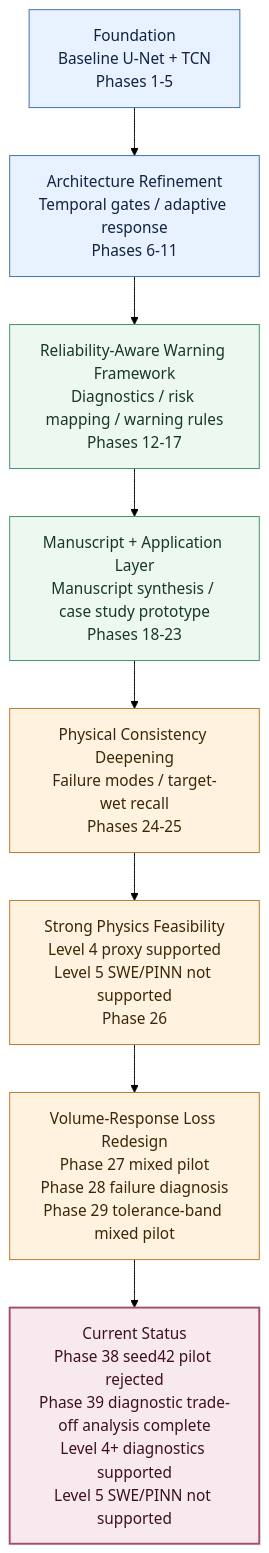
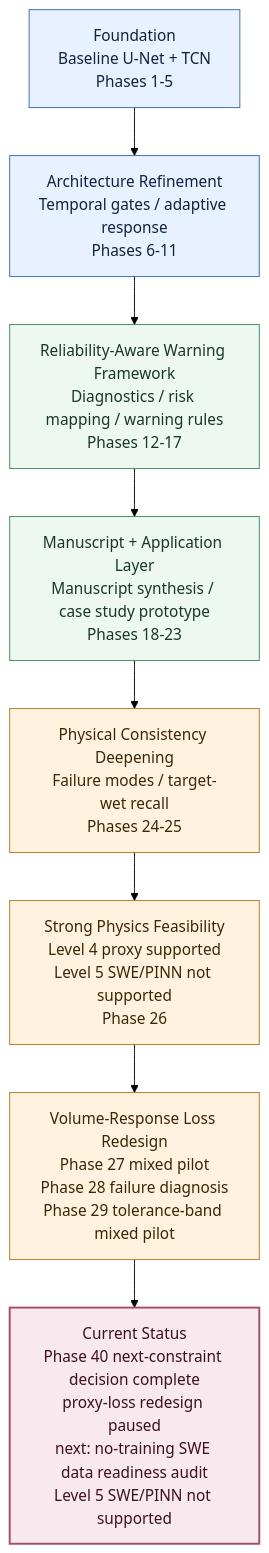
Before and after one commit to HolyLin990604/physics-guided-urban-flood-prediction: the second of 3 diagrams in README.md, drawn with Mermaid (forest theme). The commit also changed other lines of this file and 2 other files, not shown here.

Commit message:
docs: sync phase40 next constraint decision status

````diff
--- a/README.md
+++ b/README.md
@@ -28,18 +28,18 @@
 ```mermaid
 flowchart TB
     A["Foundation<br/>Baseline U-Net + TCN<br/>Phases 1-5"]:::foundation
     B["Architecture Refinement<br/>Temporal gates / adaptive response<br/>Phases 6-11"]:::foundation
     C["Reliability-Aware Warning Framework<br/>Diagnostics / risk mapping / warning rules<br/>Phases 12-17"]:::reliability
     D["Manuscript + Application Layer<br/>Manuscript synthesis / case study prototype<br/>Phases 18-23"]:::reliability
     E["Physical Consistency Deepening<br/>Failure modes / target-wet recall<br/>Phases 24-25"]:::physics
     F["Strong Physics Feasibility<br/>Level 4 proxy supported<br/>Level 5 SWE/PINN not supported<br/>Phase 26"]:::physics
     G["Volume-Response Loss Redesign<br/>Phase 27 mixed pilot<br/>Phase 28 failure diagnosis<br/>Phase 29 tolerance-band mixed pilot"]:::physics
-    H["Current Status<br/>Phase 38 seed42 pilot rejected<br/>Phase 39 diagnostic trade-off analysis complete<br/>Level 4+ diagnostics supported<br/>Level 5 SWE/PINN not supported"]:::current
+    H["Current Status<br/>Phase 40 next-constraint decision complete<br/>proxy-loss redesign paused<br/>next: no-training SWE data readiness audit<br/>Level 5 SWE/PINN not supported"]:::current
 
     A --> B --> C --> D --> E --> F --> G --> H
 
     classDef foundation fill:#e8f1ff,stroke:#3b6ea8,stroke-width:1px,color:#10233f
     classDef reliability fill:#edf8f1,stroke:#3f8f5f,stroke-width:1px,color:#173824
     classDef physics fill:#fff3df,stroke:#b77722,stroke-width:1px,color:#3d2608
     classDef current fill:#f7e9ee,stroke:#a84b6b,stroke-width:2px,color:#3d1021
 ```
````
